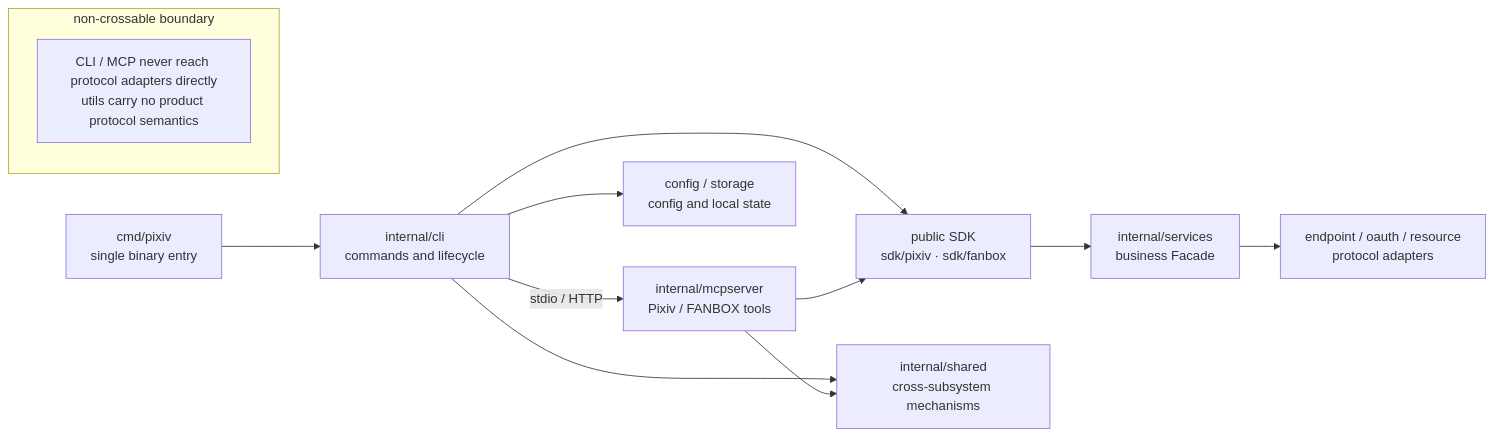
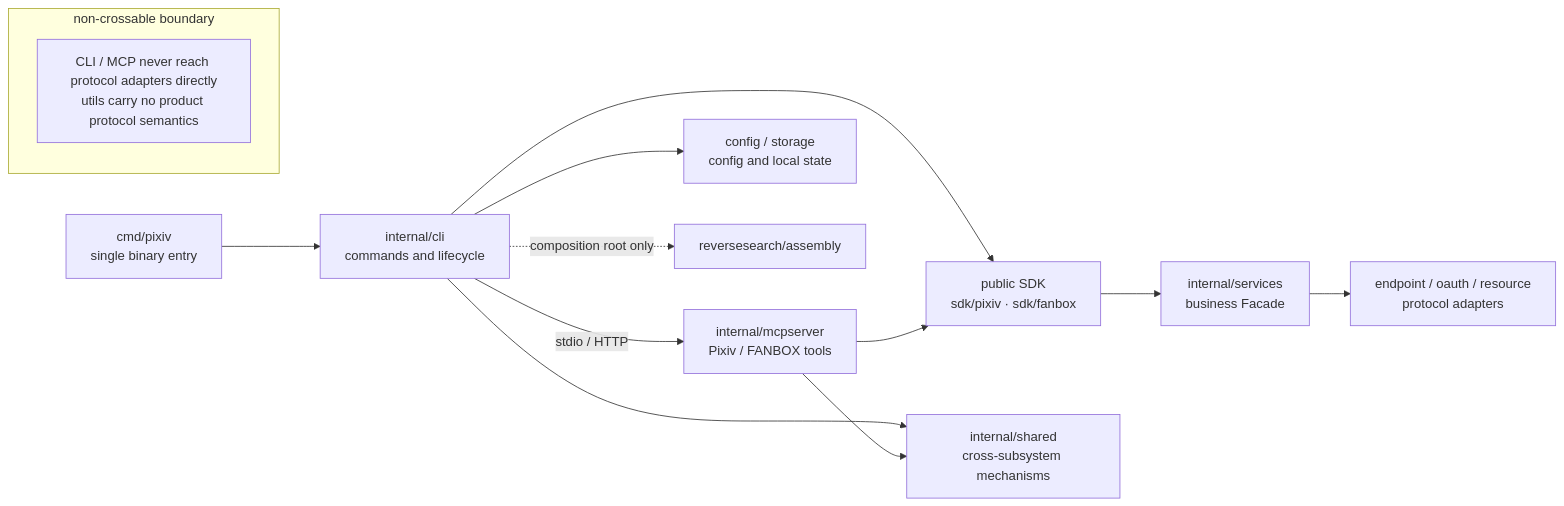
The first of 5 diagrams in docs/en/maintainers/architecture.md (FlanChanXwO/pixiv-cli), drawn with Mermaid before and after one commit. The commit also changed other lines of this file and 29 other files, not shown here.

First line of the commit message:
docs: restructure documentation around diagrams and tables (#154)

````diff
--- a/docs/en/maintainers/architecture.md
+++ b/docs/en/maintainers/architecture.md
@@ -5,16 +5,17 @@
 ```mermaid
 flowchart LR
     ENTRY["cmd/pixiv<br/>single binary entry"] --> CLI["internal/cli<br/>commands and lifecycle"]
     CLI -->|"stdio / HTTP"| MCP["internal/mcpserver<br/>Pixiv / FANBOX tools"]
     CLI --> SDK["public SDK<br/>sdk/pixiv · sdk/fanbox"]
     MCP --> SDK
     SDK --> FACADE["internal/services<br/>business Facade"]
     FACADE --> ADAPTER["endpoint / oauth / resource<br/>protocol adapters"]
     CLI --> SHARED["internal/shared<br/>cross-subsystem mechanisms"]
     MCP --> SHARED
     CLI --> STATE["config / storage<br/>config and local state"]
+    CLI -.->|"composition root only"| RSA["reversesearch/assembly"]
 
     subgraph boundary["non-crossable boundary"]
         RULE["CLI / MCP never reach protocol adapters directly<br/>utils carry no product protocol semantics"]
     end
 ```
````
